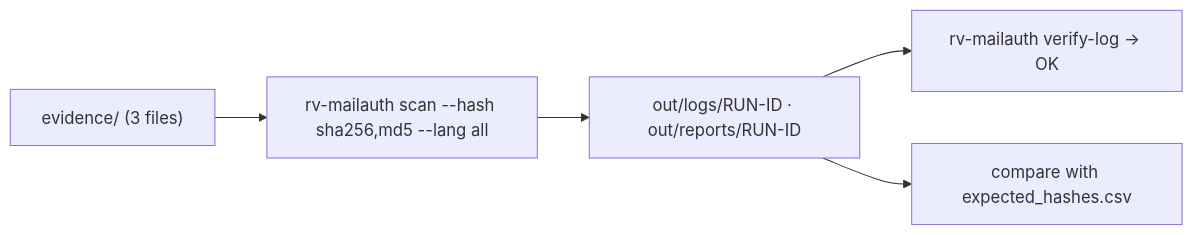
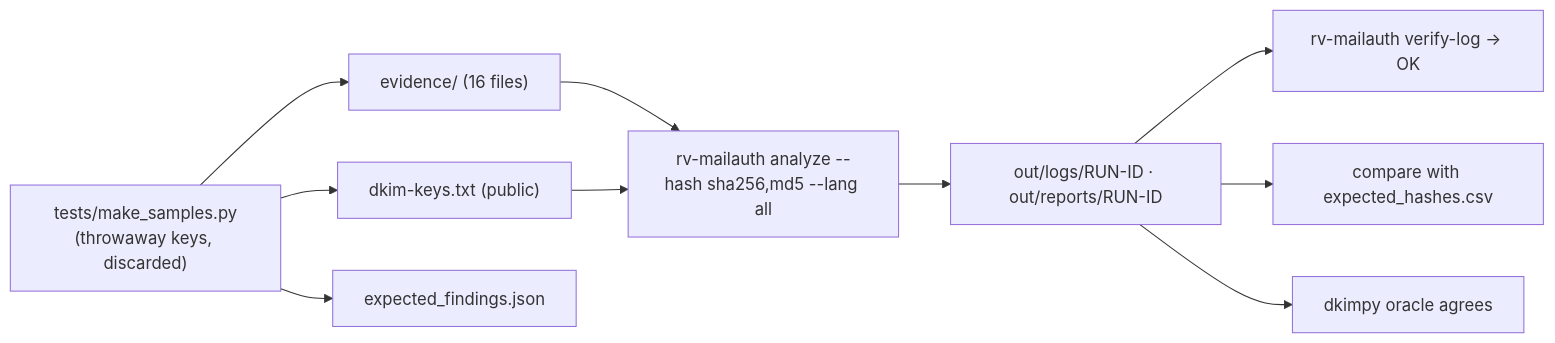
The diagram in examples/README.md (Panacota96/rv-mailauth), drawn with Mermaid before and after one commit. The commit also changed other lines of this file and 101 other files, not shown here.

````diff
--- a/examples/README.md
+++ b/examples/README.md
@@ -14,7 +35,10 @@
 ```mermaid
 flowchart LR
-    E["evidence/ (3 files)"] --> S["rv-mailauth scan --hash sha256,md5 --lang all"]
+    G["tests/make_samples.py<br/>(throwaway keys, discarded)"] --> E["evidence/ (16 files)"] & K["dkim-keys.txt (public)"] & X["expected_findings.json"]
+    E --> S["rv-mailauth analyze --hash sha256,md5 --lang all"]
+    K --> S
     S --> O["out/logs/RUN-ID · out/reports/RUN-ID"]
     O --> V["rv-mailauth verify-log → OK"]
     O --> C["compare with expected_hashes.csv"]
+    O --> D["dkimpy oracle agrees"]
 ```
````
